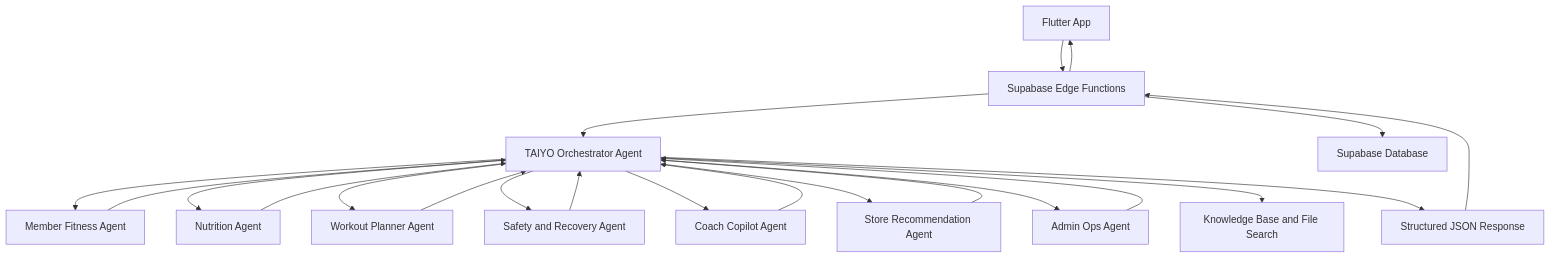
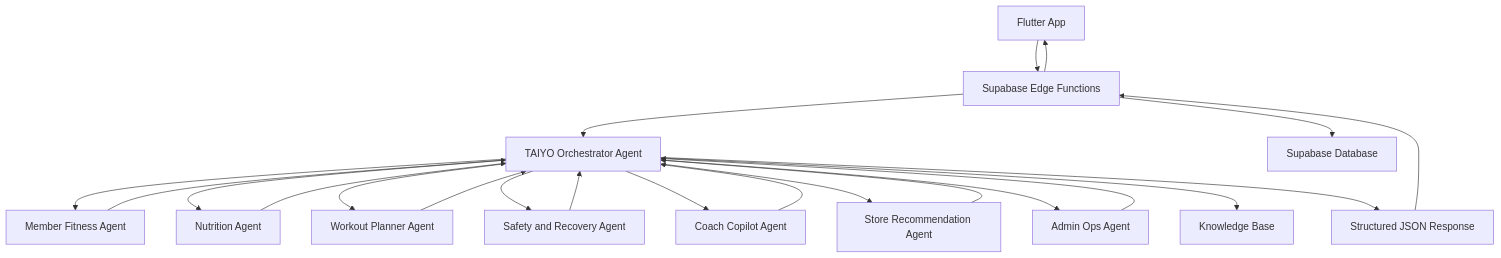
The diagram in README.md (AbderahmanOkasha2651/gymunity-taiyo-ai-agent-system), drawn with Mermaid before and after one commit. The commit also changed other lines of this file, not shown here.

````diff
--- a/README.md
+++ b/README.md
@@ -27,28 +31,28 @@
 ```mermaid
 flowchart TD
     A[Flutter App] --> B[Supabase Edge Functions]
     B --> C[TAIYO Orchestrator Agent]
 
     C --> D[Member Fitness Agent]
     C --> E[Nutrition Agent]
     C --> F[Workout Planner Agent]
     C --> G[Safety and Recovery Agent]
     C --> H[Coach Copilot Agent]
     C --> I[Store Recommendation Agent]
     C --> J[Admin Ops Agent]
 
-    C --> K[Knowledge Base and File Search]
+    C --> K[Knowledge Base]
     B --> L[Supabase Database]
 
     D --> C
     E --> C
     F --> C
     G --> C
     H --> C
     I --> C
     J --> C
 
     C --> M[Structured JSON Response]
     M --> B
     B --> A
 ```
````
